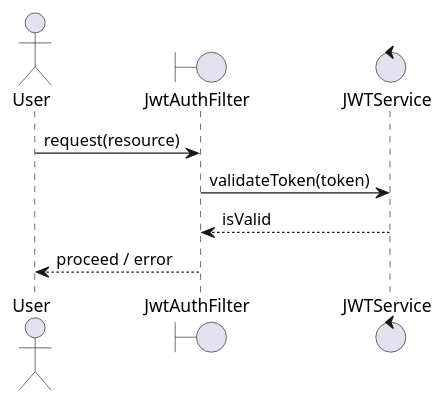
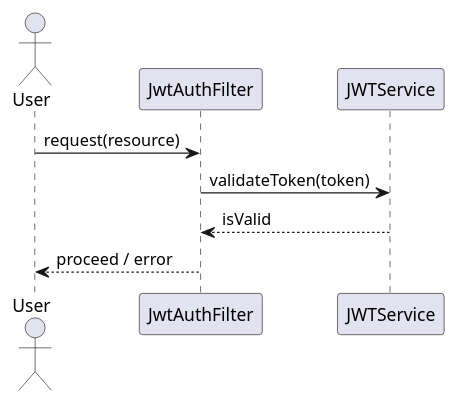
One commit to Dinesh-s95/AutoDoc.ai changed the third of 6 diagrams in identityprovider/documentation/detaileddesign.adoc. Above: the diagram before and after it, drawn with PlantUML. The commit also changed other lines of this file and 11 other files, not shown here.

````diff
--- a/identityprovider/documentation/detaileddesign.adoc
+++ b/identityprovider/documentation/detaileddesign.adoc
@@ -359,13 +304,12 @@
-[plantuml, jwt-validation-flow, png]
-----
+```plantuml
 @startuml
 actor User
-boundary JwtAuthFilter
-control JWTService
+participant JwtAuthFilter
+participant JWTService
 
 User -> JwtAuthFilter : request(resource)
 JwtAuthFilter -> JWTService : validateToken(token)
 JWTService --> JwtAuthFilter : isValid
 JwtAuthFilter --> User : proceed / error
 @enduml
-----
+```
````
